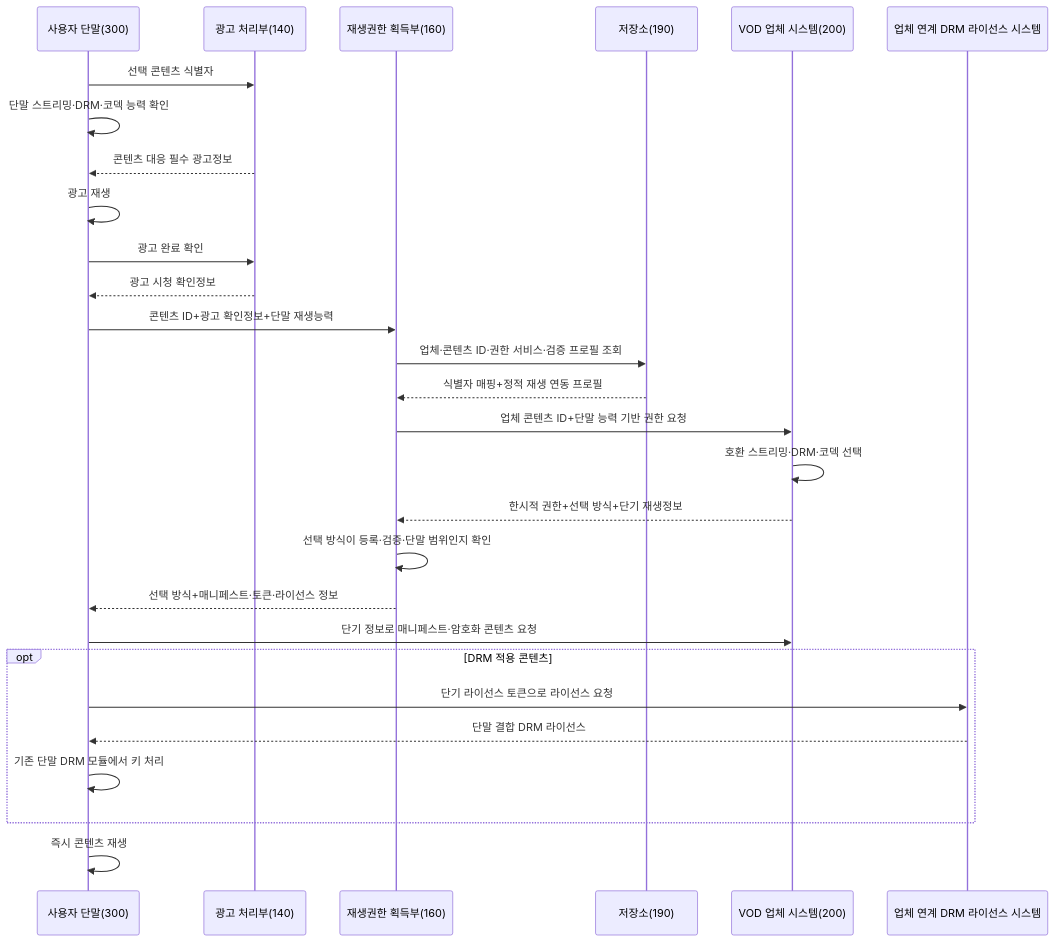
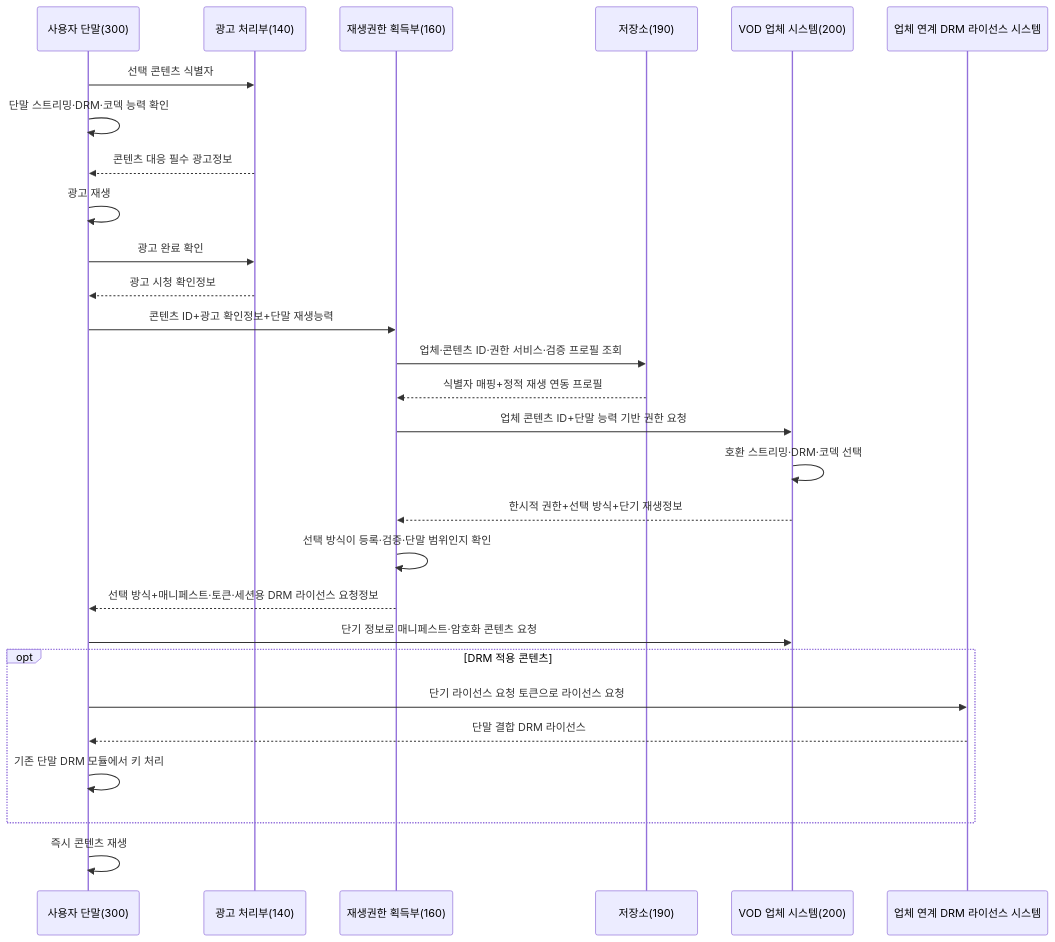
Before and after one commit to growdai1y/instant-play: the tenth of 11 diagrams in instant_play_직무발명서.md, drawn with Mermaid. The commit also changed other lines of this file, not shown here.

Commit message:
Clarify DRM license acquisition flow

````diff
--- a/instant_play_직무발명서.md
+++ b/instant_play_직무발명서.md
@@ -951,31 +983,31 @@
 ```mermaid
 sequenceDiagram
     participant D as 사용자 단말(300)
     participant A as 광고 처리부(140)
     participant G as 재생권한 획득부(160)
     participant S as 저장소(190)
     participant V as VOD 업체 시스템(200)
     participant L as 업체 연계 DRM 라이선스 시스템
 
     D->>A: 선택 콘텐츠 식별자
     D->>D: 단말 스트리밍·DRM·코덱 능력 확인
     A-->>D: 콘텐츠 대응 필수 광고정보
     D->>D: 광고 재생
     D->>A: 광고 완료 확인
     A-->>D: 광고 시청 확인정보
     D->>G: 콘텐츠 ID+광고 확인정보+단말 재생능력
     G->>S: 업체·콘텐츠 ID·권한 서비스·검증 프로필 조회
     S-->>G: 식별자 매핑+정적 재생 연동 프로필
     G->>V: 업체 콘텐츠 ID+단말 능력 기반 권한 요청
     V->>V: 호환 스트리밍·DRM·코덱 선택
     V-->>G: 한시적 권한+선택 방식+단기 재생정보
     G->>G: 선택 방식이 등록·검증·단말 범위인지 확인
-    G-->>D: 선택 방식+매니페스트·토큰·라이선스 정보
+    G-->>D: 선택 방식+매니페스트·토큰·세션용 DRM 라이선스 요청정보
     D->>V: 단기 정보로 매니페스트·암호화 콘텐츠 요청
     opt DRM 적용 콘텐츠
-        D->>L: 단기 라이선스 토큰으로 라이선스 요청
+        D->>L: 단기 라이선스 요청 토큰으로 라이선스 요청
         L-->>D: 단말 결합 DRM 라이선스
         D->>D: 기존 단말 DRM 모듈에서 키 처리
     end
     D->>D: 즉시 콘텐츠 재생
 ```
````
